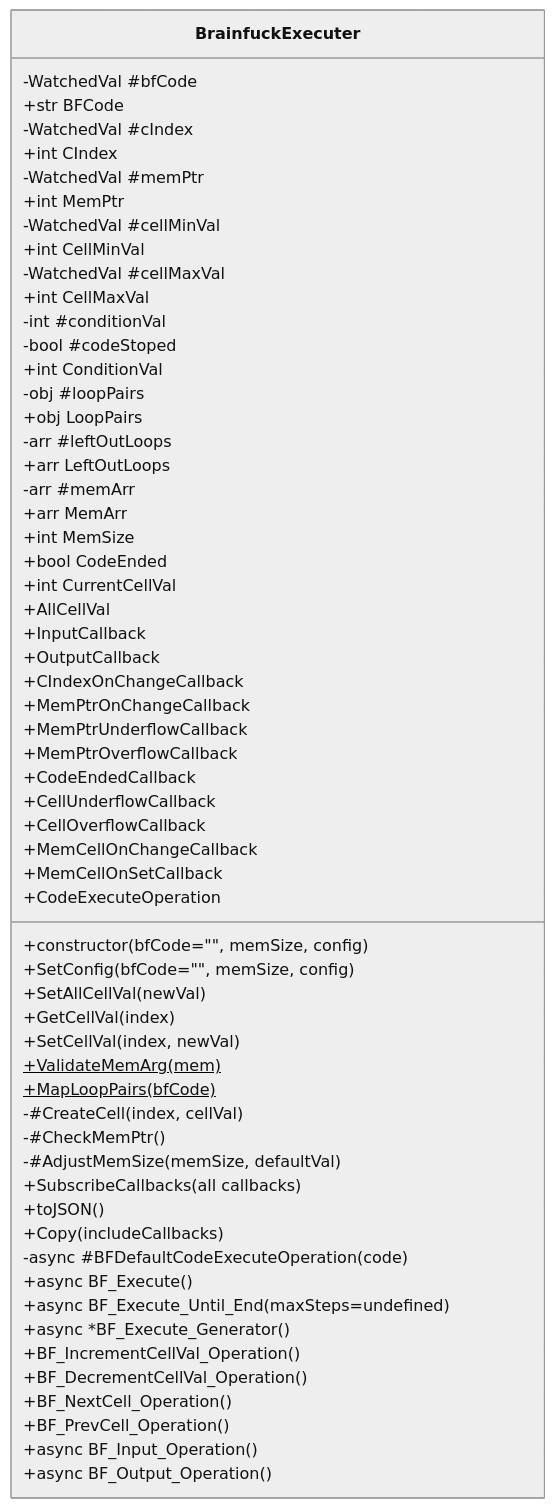
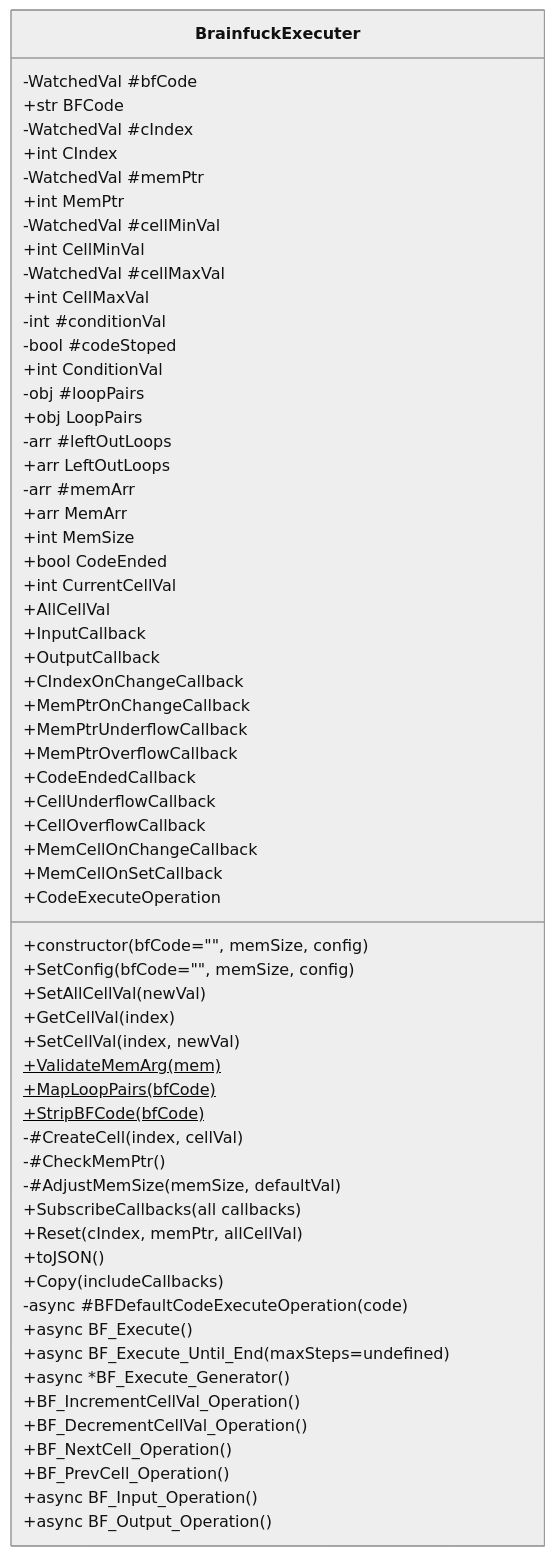
Before and after one commit to BCS21090011/BrainFucker: the first of 49 diagrams in Classes_Info/BrainfuckExecuter.md, drawn with Mermaid (neutral theme). The commit also changed other lines of this file and 20 other files, not shown here.

````diff
--- a/Classes_Info/BrainfuckExecuter.md
+++ b/Classes_Info/BrainfuckExecuter.md
@@ -5,69 +5,71 @@
 ```mermaid
 classDiagram
 
 class BrainfuckExecuter {
     -WatchedVal #bfCode
     +str BFCode
     -WatchedVal #cIndex
     +int CIndex
     -WatchedVal #memPtr
     +int MemPtr
     -WatchedVal #cellMinVal
     +int CellMinVal
     -WatchedVal #cellMaxVal
     +int CellMaxVal
 
     -int #conditionVal
     -bool #codeStoped
     +int ConditionVal
     -obj #loopPairs
     +obj LoopPairs
     -arr #leftOutLoops
     +arr LeftOutLoops
     -arr #memArr
     +arr MemArr
 
     +int MemSize
     +bool CodeEnded
     +int CurrentCellVal
     +AllCellVal
 
     +InputCallback
     +OutputCallback
     +CIndexOnChangeCallback
     +MemPtrOnChangeCallback
     +MemPtrUnderflowCallback
     +MemPtrOverflowCallback
     +CodeEndedCallback
     +CellUnderflowCallback
     +CellOverflowCallback
     +MemCellOnChangeCallback
     +MemCellOnSetCallback
     +CodeExecuteOperation
 
     +constructor(bfCode="", memSize, config)
     +SetConfig(bfCode="", memSize, config)
     +SetAllCellVal(newVal)
     +GetCellVal(index)
     +SetCellVal(index, newVal)
     +ValidateMemArg(mem)$
     +MapLoopPairs(bfCode)$
+    +StripBFCode(bfCode)$
     -#CreateCell(index, cellVal)
     -#CheckMemPtr()
     -#AdjustMemSize(memSize, defaultVal)
     +SubscribeCallbacks(all callbacks)
+    +Reset(cIndex, memPtr, allCellVal)
     +toJSON()
     +Copy(includeCallbacks)
 
     -async #BFDefaultCodeExecuteOperation(code)
     +async BF_Execute()
     +async BF_Execute_Until_End(maxSteps=undefined)
     +async *BF_Execute_Generator()
     +BF_IncrementCellVal_Operation()
     +BF_DecrementCellVal_Operation()
     +BF_NextCell_Operation()
     +BF_PrevCell_Operation()
     +async BF_Input_Operation()
     +async BF_Output_Operation()
 }
 ```
````
